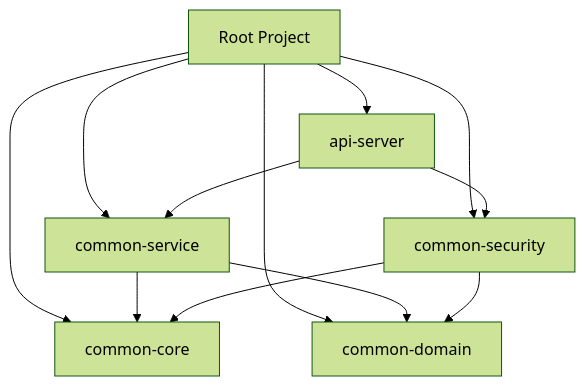
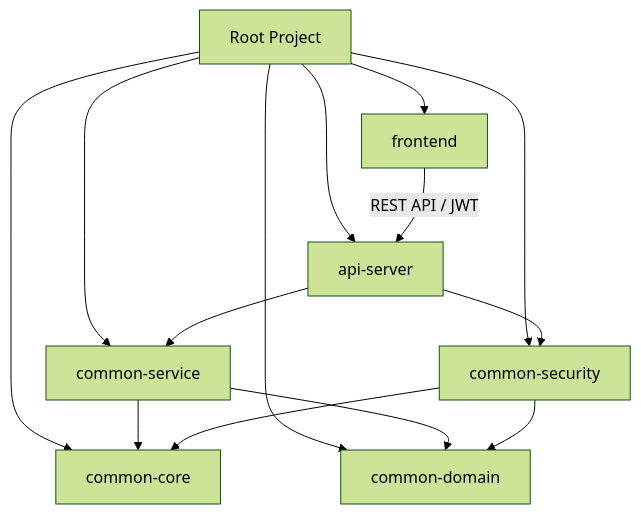
Before and after one commit to lkindo/egov-enterprise: the diagram in TRD.MD, drawn with Mermaid (forest theme). The commit also changed other lines of this file and 783 other files, not shown here.

````diff
--- a/TRD.MD
+++ b/TRD.MD
@@ -14,15 +15,17 @@
 ```mermaid
 graph TD
     Root[Root Project] --> Core[common-core]
     Root --> Domain[common-domain]
     Root --> Security[common-security]
     Root --> Service[common-service]
     Root --> API[api-server]
+    Root --> Frontend[frontend]
     
     Service --> Domain
     Service --> Core
     Security --> Domain
     Security --> Core
     API --> Service
     API --> Security
+    Frontend -- REST API / JWT --> API
 ```
````
